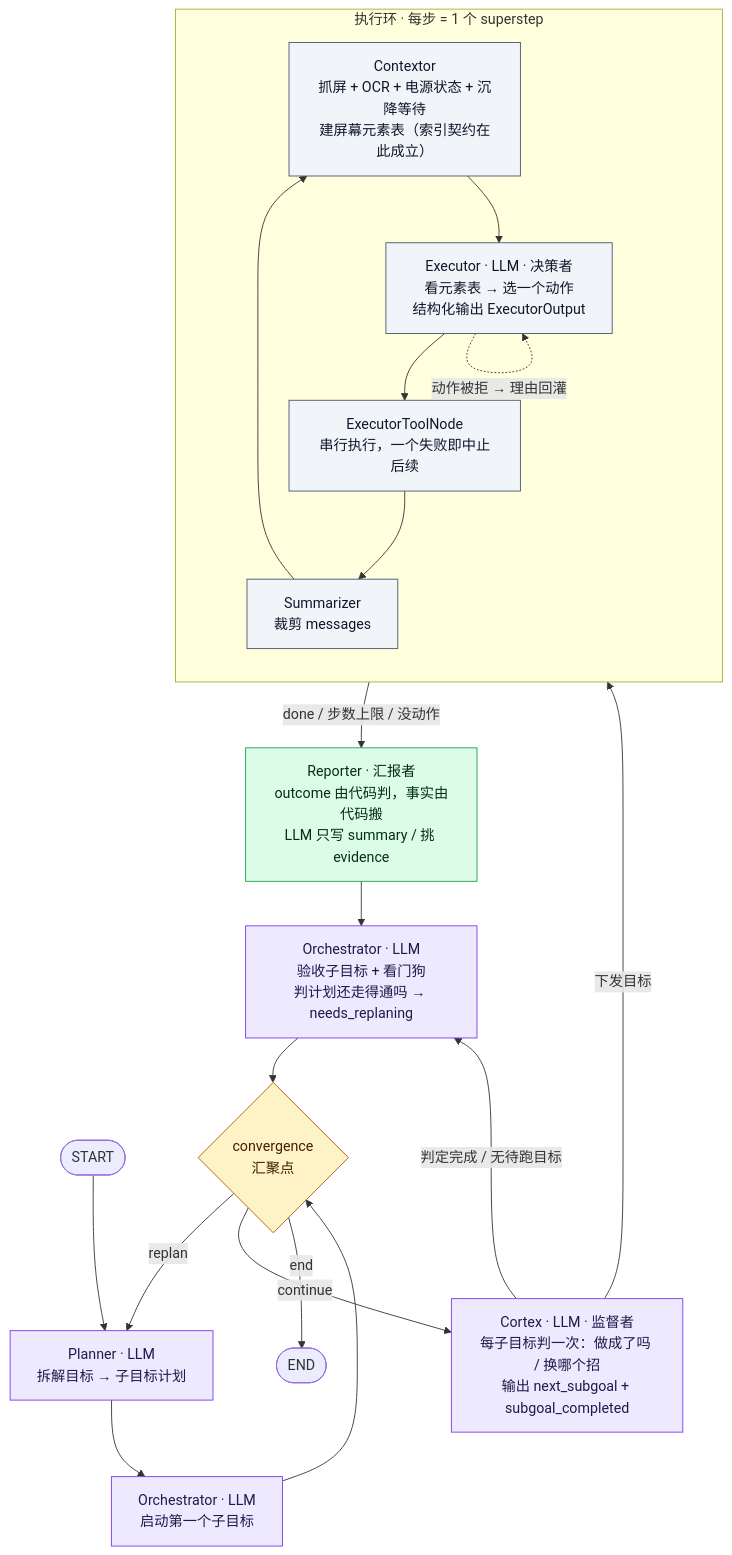
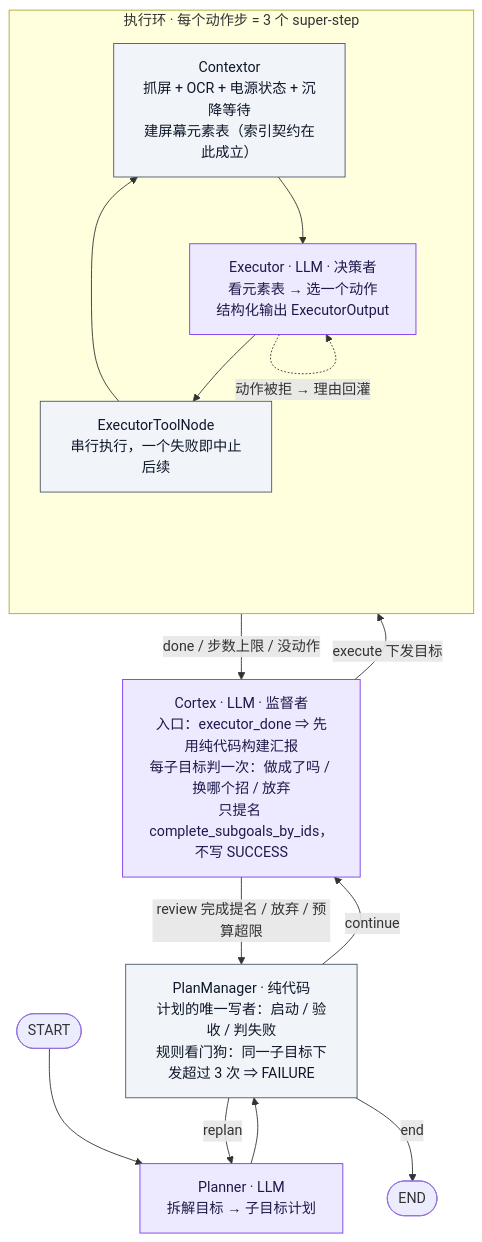
Before and after one commit to jiurang/mobile-use: the third of 3 diagrams in docs/智能体协作v2.md, drawn with Mermaid. The commit also changed other lines of this file and 73 other files, not shown here.

````diff
--- a/docs/智能体协作v2.md
+++ b/docs/智能体协作v2.md
@@ -190,47 +195,34 @@
 ```mermaid
 flowchart TD
     START([START]) --> PLANNER
-    PLANNER --> ORCH_INIT
-    ORCH_INIT --> CONV
+    PLANNER --> PM
 
-    CONV{"convergence<br/>汇聚点"}
-    CONV -->|replan| PLANNER
-    CONV -->|continue| CORTEX
-    CONV -->|end| ENDNODE
+    PM["PlanManager · 纯代码<br/>计划的唯一写者：启动 / 验收 / 判失败<br/>规则看门狗：同一子目标下发超过 3 次 ⇒ FAILURE"]
+    PM -->|continue| CORTEX
+    PM -->|replan| PLANNER
+    PM -->|end| ENDNODE
 
-    CORTEX["Cortex · LLM · 监督者<br/>每子目标判一次：做成了吗 / 换哪个招<br/>输出 next_subgoal + subgoal_completed"]
+    CORTEX["Cortex · LLM · 监督者<br/>入口：executor_done ⇒ 先用纯代码构建汇报<br/>每子目标判一次：做成了吗 / 换哪个招 / 放弃<br/>只提名 complete_subgoals_by_ids，不写 SUCCESS"]
 
-    subgraph EXECLOOP["执行环 · 每步 = 1 个 superstep"]
+    subgraph EXECLOOP["执行环 · 每个动作步 = 3 个 super-step"]
         direction TB
         CTX["Contextor<br/>抓屏 + OCR + 电源状态 + 沉降等待<br/>建屏幕元素表（索引契约在此成立）"]
         EXEC["Executor · LLM · 决策者<br/>看元素表 → 选一个动作<br/>结构化输出 ExecutorOutput"]
         TOOLS["ExecutorToolNode<br/>串行执行，一个失败即中止后续"]
-        SUMM["Summarizer<br/>裁剪 messages"]
-        CTX --> EXEC --> TOOLS --> SUMM --> CTX
+        CTX --> EXEC --> TOOLS --> CTX
     end
 
-    CORTEX -->|下发目标| CTX
-    CORTEX -->|判定完成 / 无待跑目标| ORCH_REVIEW
+    CORTEX -->|execute 下发目标| CTX
+    CORTEX -->|review 完成提名 / 放弃 / 预算超限| PM
 
-    EXEC -->|done / 步数上限 / 没动作| REPORT
+    EXEC -->|done / 步数上限 / 没动作| CORTEX
     EXEC -.->|动作被拒 → 理由回灌| EXEC
 
-    REPORT["Reporter · 汇报者<br/>outcome 由代码判，事实由代码搬<br/>LLM 只写 summary / 挑 evidence"]
-    REPORT --> ORCH_REVIEW
-
-    ORCH_REVIEW["Orchestrator · LLM<br/>验收子目标 + 看门狗<br/>判计划还走得通吗 → needs_replaning"]
-    ORCH_REVIEW --> CONV
-
     PLANNER["Planner · LLM<br/>拆解目标 → 子目标计划"]
-    ORCH_INIT["Orchestrator · LLM<br/>启动第一个子目标"]
     ENDNODE([END])
 
     classDef llm fill:#ede9fe,stroke:#7c3aed,stroke-width:1px,color:#1e1b4b
     classDef plain fill:#f1f5f9,stroke:#475569,stroke-width:1px,color:#0f172a
-    classDef gate fill:#fef3c7,stroke:#b45309,stroke-width:1px,color:#451a03
-    classDef report fill:#dcfce7,stroke:#16a34a,stroke-width:1px,color:#052e16
-    class PLANNER,ORCH_INIT,ORCH_REVIEW,CORTEX llm
-    class CTX,EXEC,TOOLS,SUMM plain
-    class CONV gate
-    class REPORT report
+    class PLANNER,CORTEX,EXEC llm
+    class PM,CTX,TOOLS plain
 ```
````
